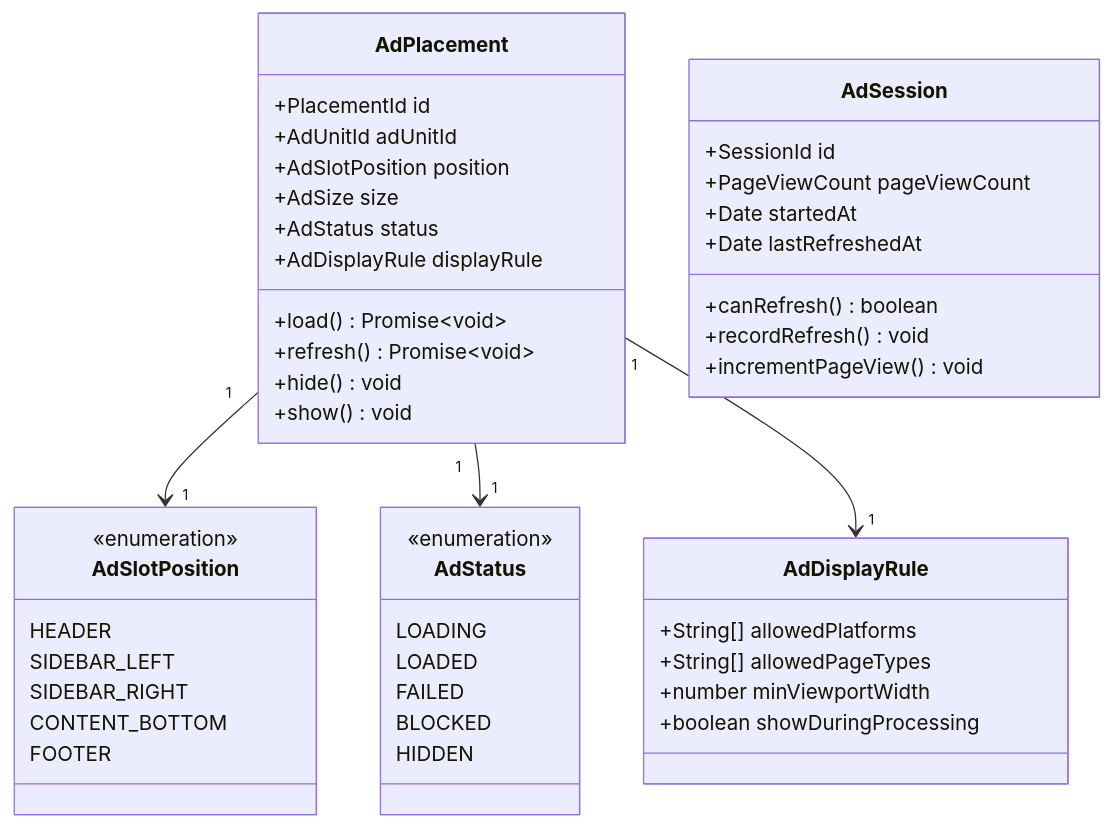
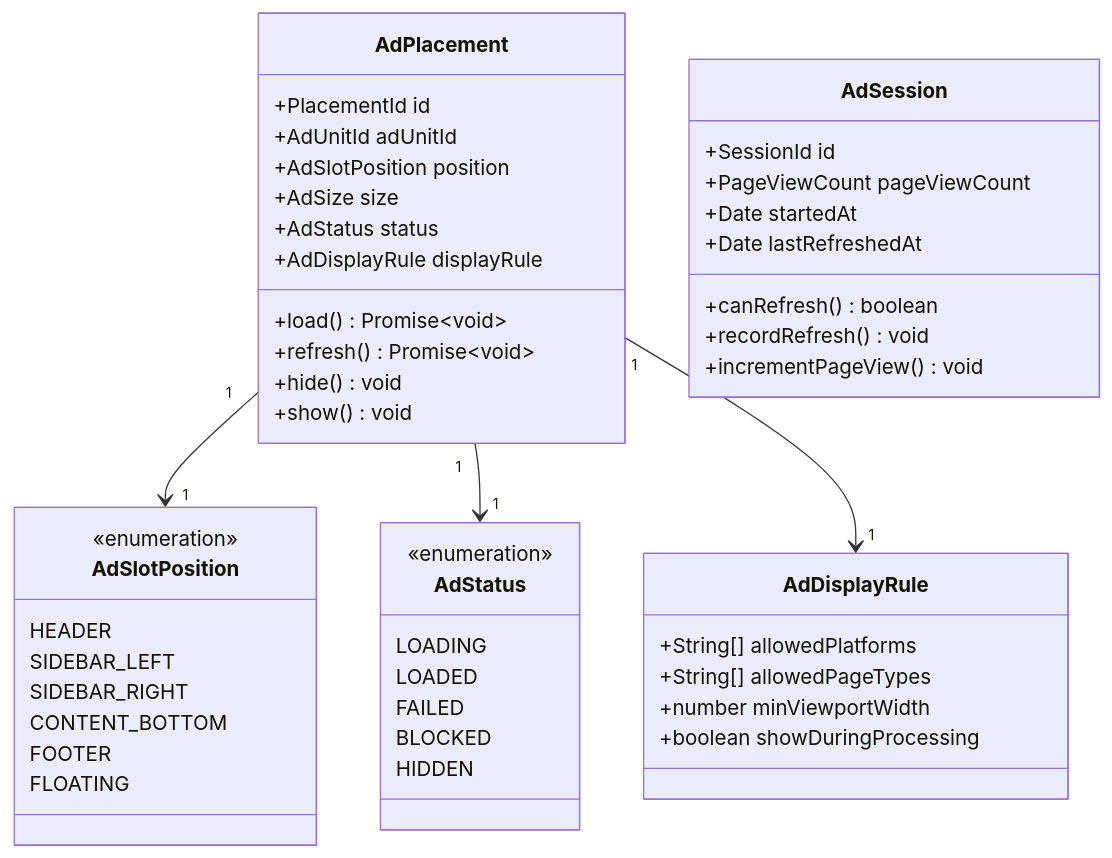
Before and after one commit to ethanKim93/ModuMark: the diagram in docs/monetization/domain-model.md, drawn with Mermaid. The commit also changed other lines of this file and 82 other files, not shown here.

````diff
--- a/docs/monetization/domain-model.md
+++ b/docs/monetization/domain-model.md
@@ -177,54 +178,55 @@
 ```mermaid
 classDiagram
     class AdPlacement {
         +PlacementId id
         +AdUnitId adUnitId
         +AdSlotPosition position
         +AdSize size
         +AdStatus status
         +AdDisplayRule displayRule
         +load() Promise~void~
         +refresh() Promise~void~
         +hide() void
         +show() void
     }
 
     class AdSession {
         +SessionId id
         +PageViewCount pageViewCount
         +Date startedAt
         +Date lastRefreshedAt
         +canRefresh() boolean
         +recordRefresh() void
         +incrementPageView() void
     }
 
     class AdSlotPosition {
         <<enumeration>>
         HEADER
         SIDEBAR_LEFT
         SIDEBAR_RIGHT
         CONTENT_BOTTOM
         FOOTER
+        FLOATING
     }
 
     class AdStatus {
         <<enumeration>>
         LOADING
         LOADED
         FAILED
         BLOCKED
         HIDDEN
     }
 
     class AdDisplayRule {
         +String[] allowedPlatforms
         +String[] allowedPageTypes
         +number minViewportWidth
         +boolean showDuringProcessing
     }
 
     AdPlacement "1" --> "1" AdSlotPosition
     AdPlacement "1" --> "1" AdStatus
     AdPlacement "1" --> "1" AdDisplayRule
 ```
````
